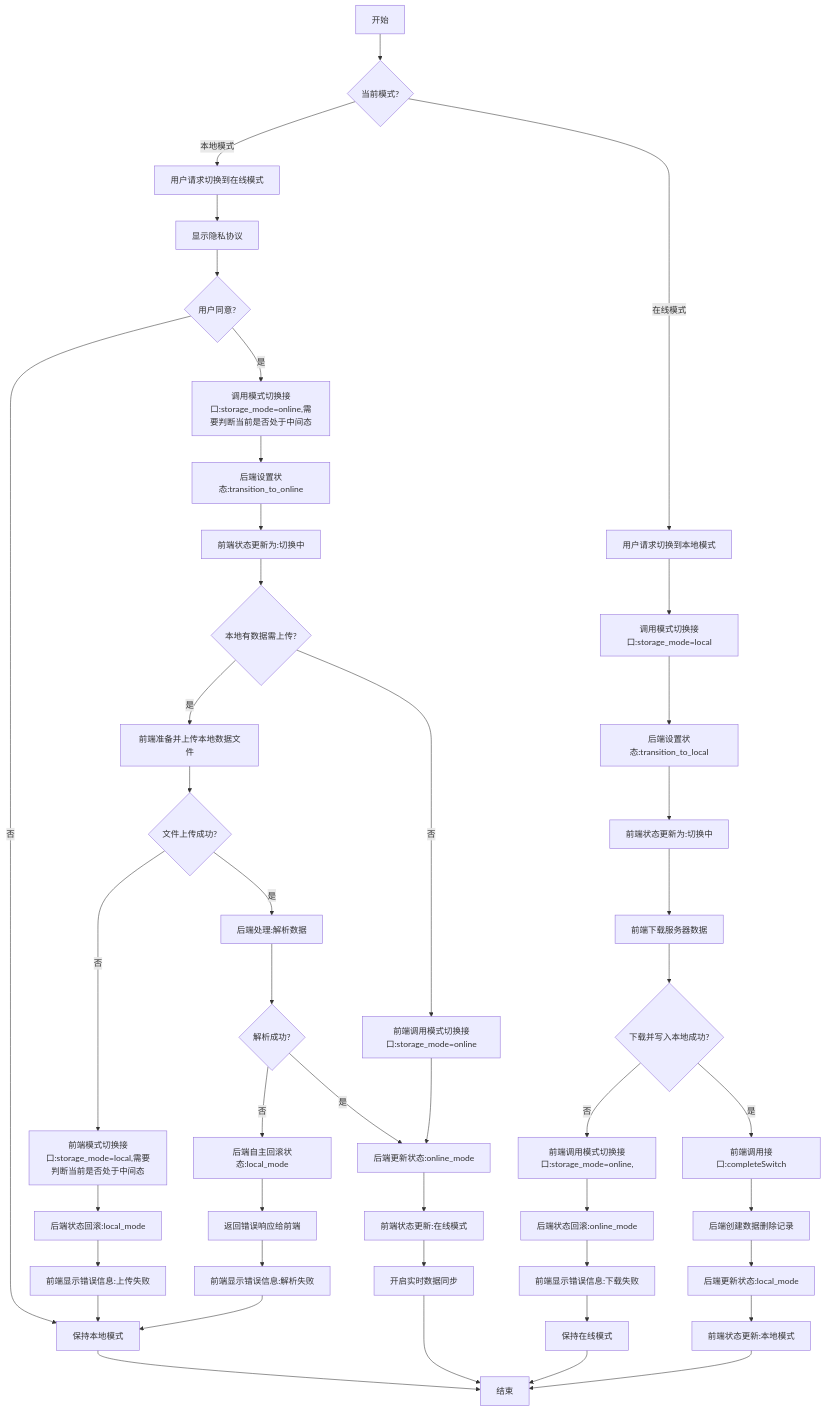
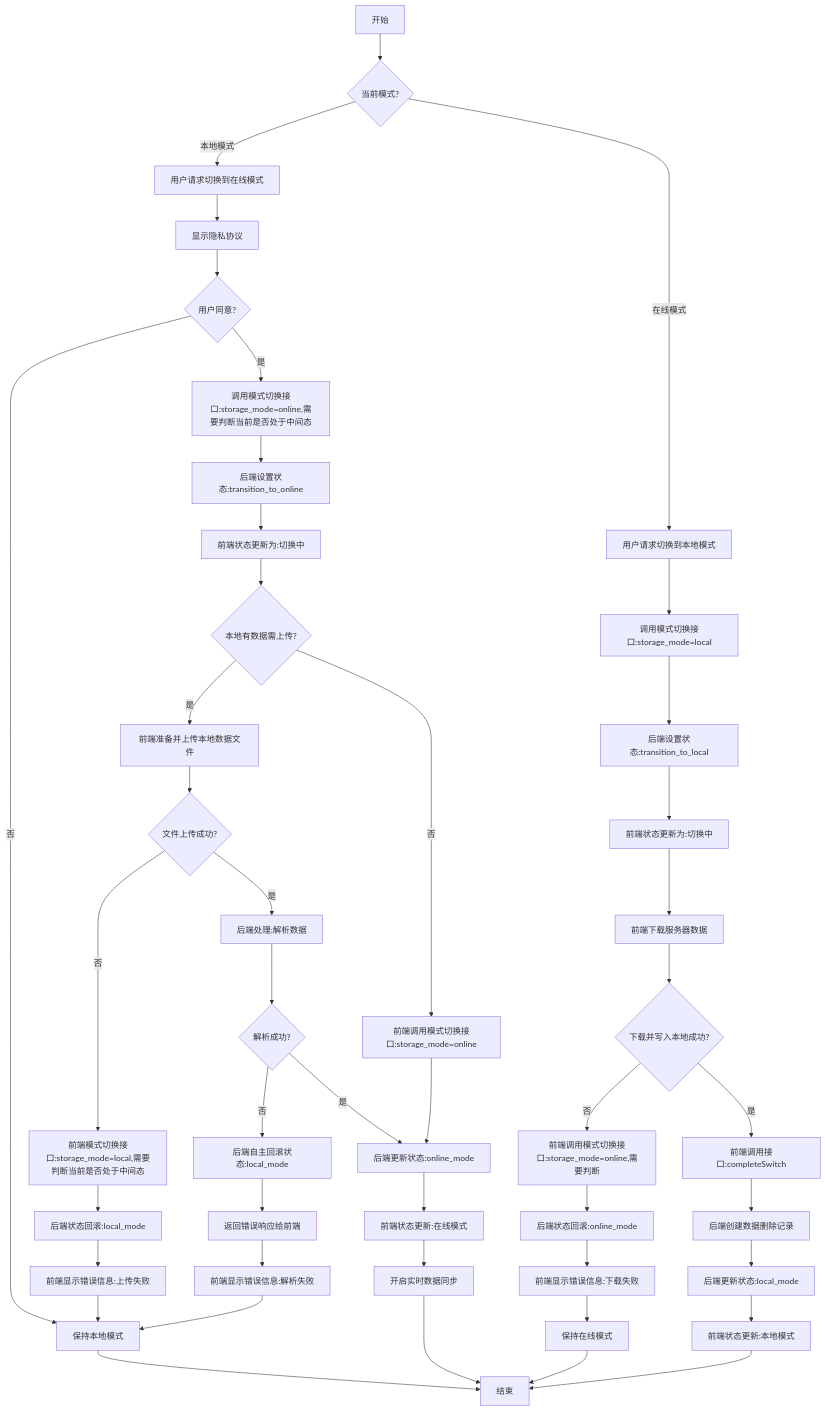
One commit to yingjianzh/iodraw-files changed the diagram in all/未命名-58.md. Above: the diagram before and after it, drawn with Mermaid.

Commit message:
2025-05-14 10:47:54 update

````diff
--- a/all/未命名-58.md
+++ b/all/未命名-58.md
@@ -1,68 +1,68 @@
 ```mermaid
 flowchart TD
     A[开始] --> B{当前模式?}
     
     %% 本地模式转在线模式
     B -->|本地模式| C[用户请求切换到在线模式]
     C --> D[显示隐私协议]
     D --> E{用户同意?}
 
     E -->|否| F[保持本地模式]
     F --> Z[结束]
     
     E -->|是| G[调用模式切换接口:storage_mode=online,需要判断当前是否处于中间态]
     G --> H[后端设置状态:transition_to_online]
     H --> I[前端状态更新为:切换中]
     
     I --> J{本地有数据需上传?}
     
     %% 有本地数据需上传的情况
     J -->|是| K[前端准备并上传本地数据文件]
     K --> L{文件上传成功?}
     
     %% 上传失败的情况
     L -->|否| M[前端模式切换接口:storage_mode=local,需要判断当前是否处于中间态]
     M --> N[后端状态回滚:local_mode]
     N --> O[前端显示错误信息:上传失败]
     O --> F
     
     %% 上传成功但解析失败的情况
     L -->|是| P[后端处理:解析数据]
     P --> Q{解析成功?}
     Q -->|否| R[后端自主回滚状态:local_mode]
     R --> S[返回错误响应给前端]
     S --> T[前端显示错误信息:解析失败]
     T --> F
     
     %% 全部成功的情况
     Q -->|是| U[后端更新状态:online_mode]
     J -->|否| V[前端调用模式切换接口:storage_mode=online]
     V --> U
     
     U --> W[前端状态更新:在线模式]
     W --> X[开启实时数据同步]
     X --> Z
     
     %% 在线模式转本地模式
     B -->|在线模式| AA[用户请求切换到本地模式]
     AA --> AB[调用模式切换接口:storage_mode=local]
     AB --> AC[后端设置状态:transition_to_local]
     AC --> AD[前端状态更新为:切换中]
     
     AD --> AE[前端下载服务器数据]
     AE --> AF{下载并写入本地成功?}
     
     %% 下载失败的情况
-    AF -->|否| AG[前端调用模式切换接口:storage_mode=online,]
+    AF -->|否| AG[前端调用模式切换接口:storage_mode=online,需要判断]
     AG --> AH[后端状态回滚:online_mode]
     AH --> AI[前端显示错误信息:下载失败]
     AI --> AJ[保持在线模式]
     AJ --> Z
     
     %% 下载成功的情况
     AF -->|是| AK[前端调用接口:completeSwitch]
     AK --> AL[后端创建数据删除记录]
     AL --> AM[后端更新状态:local_mode]
     AM --> AN[前端状态更新:本地模式]
     AN --> Z
 ```
````
